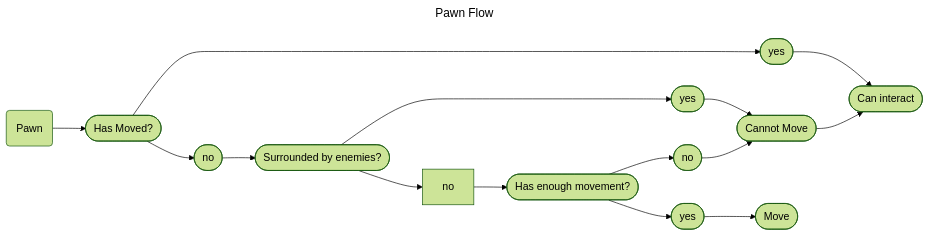
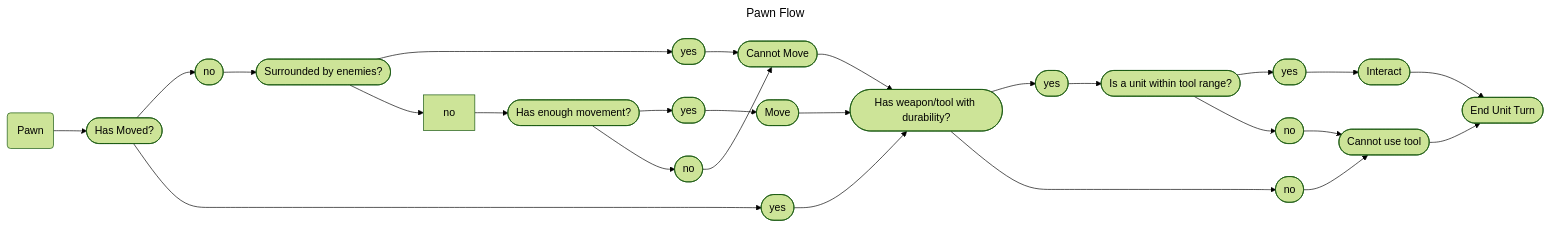
The diagram in flows.md (Dev-Laurin/DefendMarsai), drawn with Mermaid (forest theme) before and after one commit.

````diff
--- a/flows.md
+++ b/flows.md
@@ -1,26 +1,40 @@
 ```mermaid
 ---
 title: Pawn Flow
 ---
 flowchart LR;
   pawn(Pawn) --> hasMoved([Has Moved?])
   
   hasMoved --> notMovedYet([no])
   notMovedYet --> isTrapped
   hasMoved --> yesMoved([yes])
   yesMoved --> canInteract
 
   isTrapped([Surrounded by enemies?])
   isTrapped --> yes([yes])
   yes --> cannotMove([Cannot Move])
 
   isTrapped --> no 
   no --> hasMovement([Has enough movement?])
   hasMovement --> yesEnough([yes])
   hasMovement --> noNotEnough([no])
   yesEnough --> move([Move])
+  move --> canInteract 
 
   noNotEnough --> cannotMove([Cannot Move])
-  cannotMove --> canInteract([Can interact])
+  cannotMove --> canInteract([Has weapon/tool with durability?])
+  canInteract --> yesInteract([yes])
+  canInteract --> noInteract([no])
+  yesInteract --> unitInRange([Is a unit within tool range?])
+  unitInRange --> yesInRange([yes])
+  unitInRange --> noInRange([no])
+  yesInRange --> interact([Interact])
+  interact --> endTurn
+
+  noInteract --> noUseTool([Cannot use tool])
+  noInRange --> noUseTool
+  noUseTool --> endTurn
+
+  endTurn([End Unit Turn])
   
 ```
````
